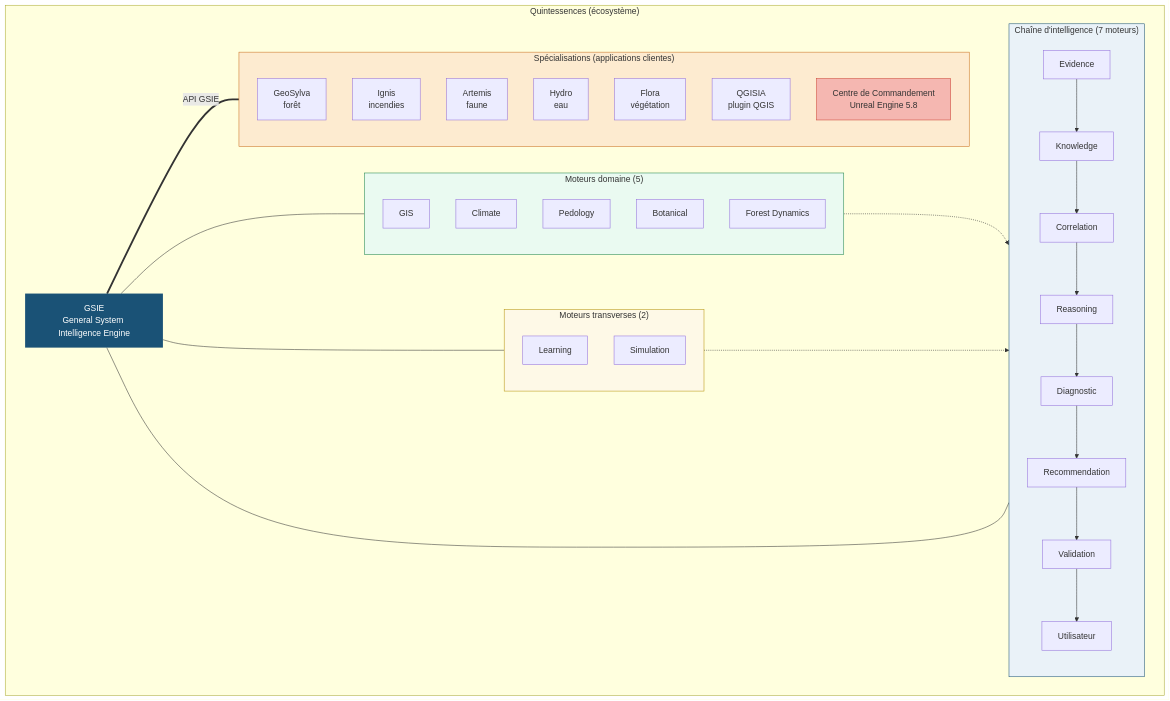
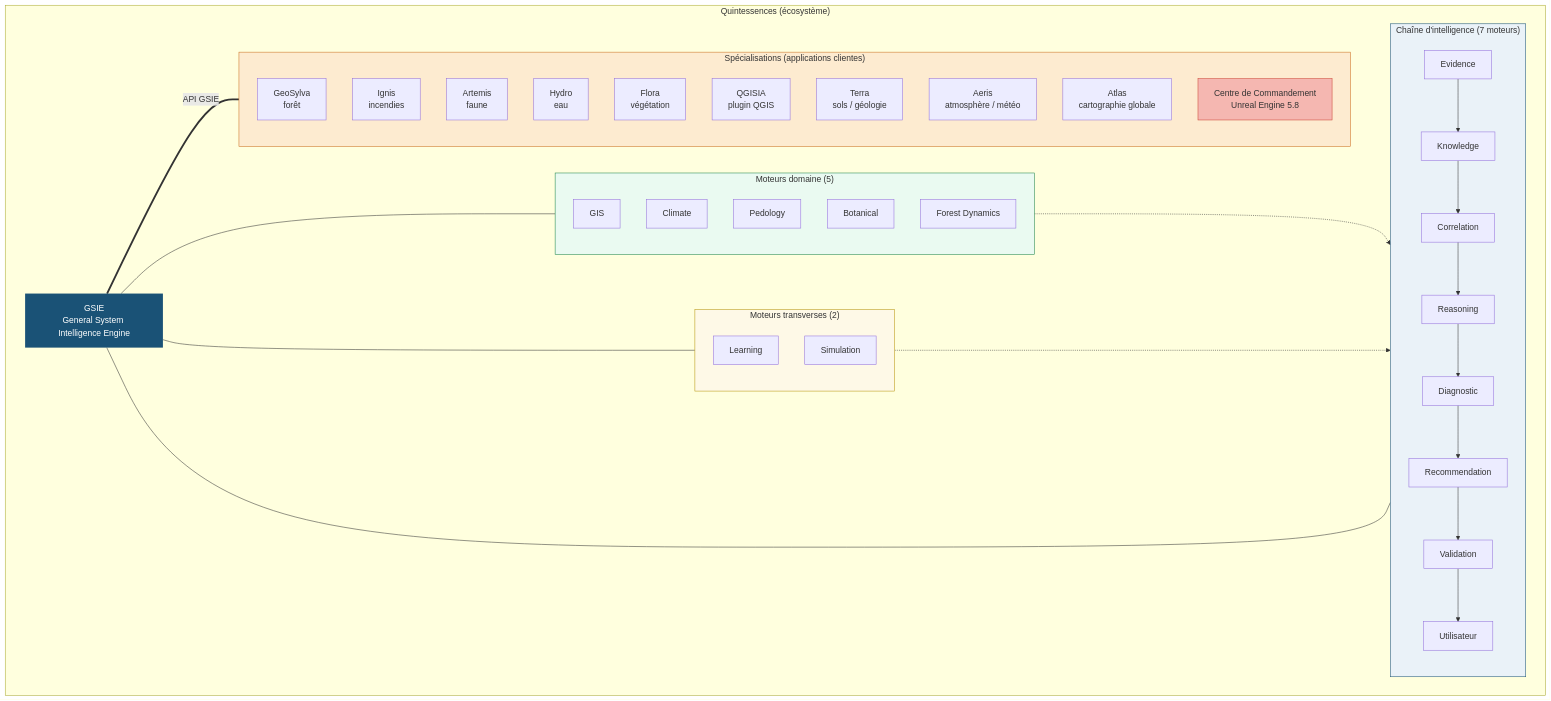
One commit to NeooeN45/Quintessences changed the first of 4 diagrams in README.md. Above: the diagram before and after it, drawn with Mermaid. The commit also changed other lines of this file and 688 other files, not shown here.

````diff
--- a/README.md
+++ b/README.md
@@ -69,54 +77,57 @@
 ```mermaid
 graph TB
     subgraph ECO["Quintessences (écosystème)"]
         GSIE["GSIE<br/>General System Intelligence Engine"]
 
         subgraph CHAIN["Chaîne d'intelligence (7 moteurs)"]
             E["Evidence"] --> K["Knowledge"]
             K --> C["Correlation"]
             C --> R["Reasoning"]
             R --> D["Diagnostic"]
             D --> REC["Recommendation"]
             REC --> V["Validation"]
             V --> U["Utilisateur"]
         end
 
         subgraph DOMAIN["Moteurs domaine (5)"]
             GIS["GIS"]
             CLIM["Climate"]
             PED["Pedology"]
             BOT["Botanical"]
             FD["Forest Dynamics"]
         end
 
         subgraph TRANS["Moteurs transverses (2)"]
             LEARN["Learning"]
             SIM["Simulation"]
         end
 
         DOMAIN -.-> CHAIN
         TRANS -.-> CHAIN
 
         subgraph APPS["Spécialisations (applications clientes)"]
             GS_APP["GeoSylva<br/>forêt"]
             IGNIS["Ignis<br/>incendies"]
             ARTEMIS["Artemis<br/>faune"]
             HYDRO["Hydro<br/>eau"]
             FLORA["Flora<br/>végétation"]
             QGISIA["QGISIA<br/>plugin QGIS"]
+            TERRA["Terra<br/>sols / géologie"]
+            AERIS["Aeris<br/>atmosphère / météo"]
+            ATLAS["Atlas<br/>cartographie globale"]
             HUB["Centre de Commandement<br/>Unreal Engine 5.8"]
         end
 
         GSIE --- CHAIN
         GSIE --- DOMAIN
         GSIE --- TRANS
         GSIE ===|API GSIE| APPS
     end
 
     style GSIE fill:#1a5276,color:#fff,stroke:none
     style CHAIN fill:#eaf2f8,stroke:#1a5276
     style DOMAIN fill:#eafaf1,stroke:#1e8449
     style TRANS fill:#fef9e7,stroke:#b7950b
     style APPS fill:#fdebd0,stroke:#ca6f1e
     style HUB fill:#f5b7b1,stroke:#cb4335
 ```
````
